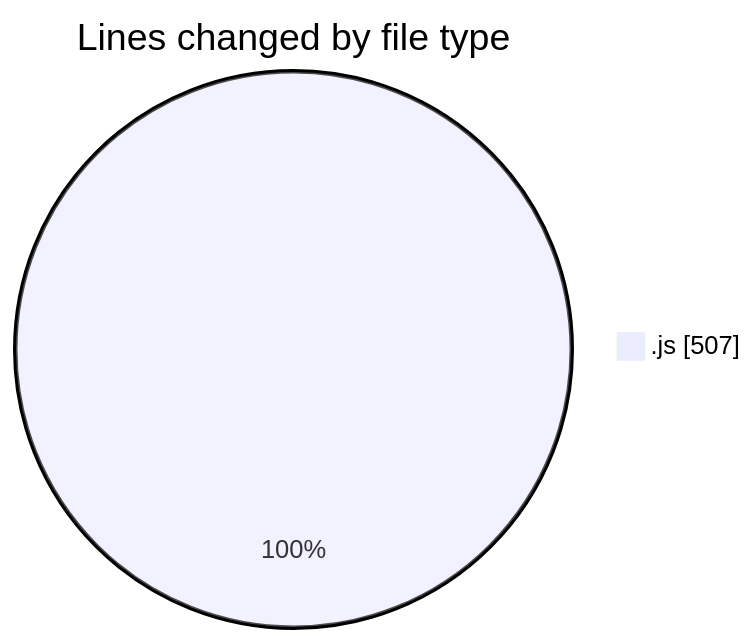
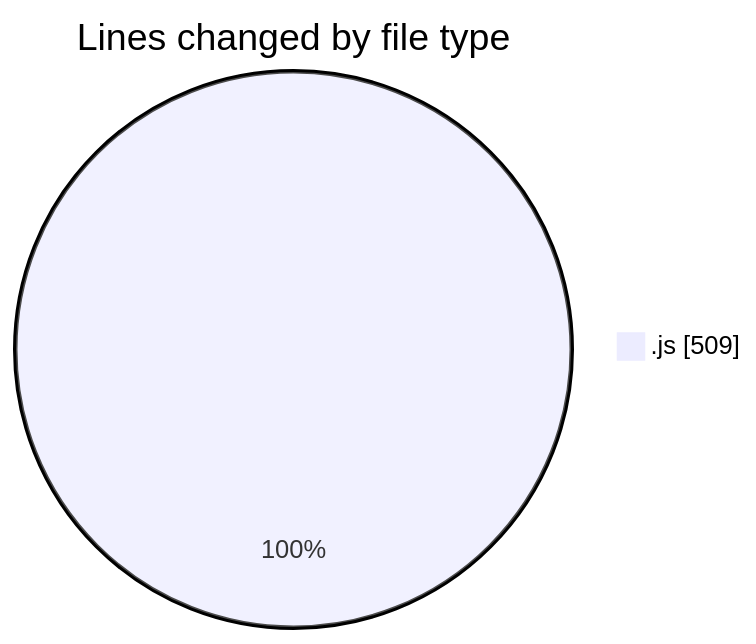
Before and after one commit to nxtqubesakshisongat/code-tracking: the first of 2 diagrams in 2025-04-08/nxtqube_webapp/README.md, drawn with Mermaid. The commit also changed other lines of this file and 1 other file, not shown here.

````diff
--- a/2025-04-08/nxtqube_webapp/README.md
+++ b/2025-04-08/nxtqube_webapp/README.md
@@ -22,5 +22,5 @@
 ```mermaid
 pie showData
 title Lines changed by file type
-".js" : 507
+".js" : 509
 ```
````
